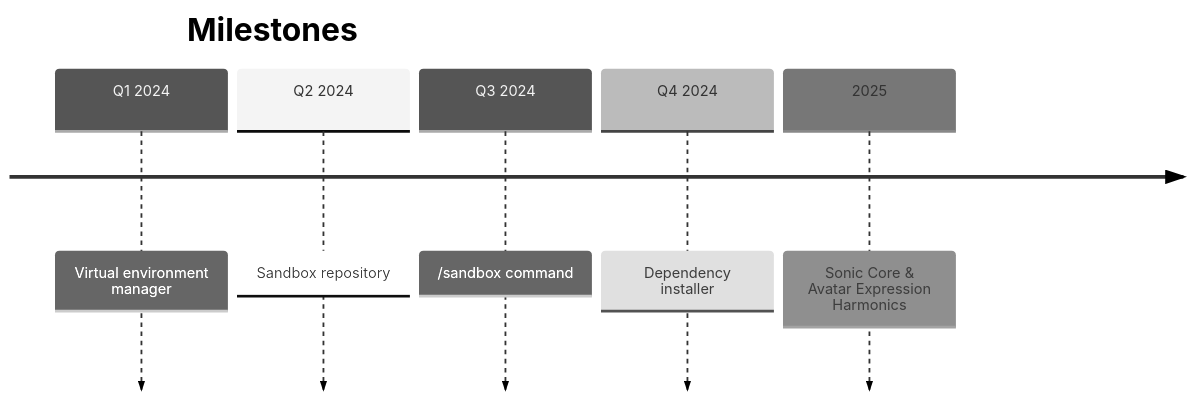
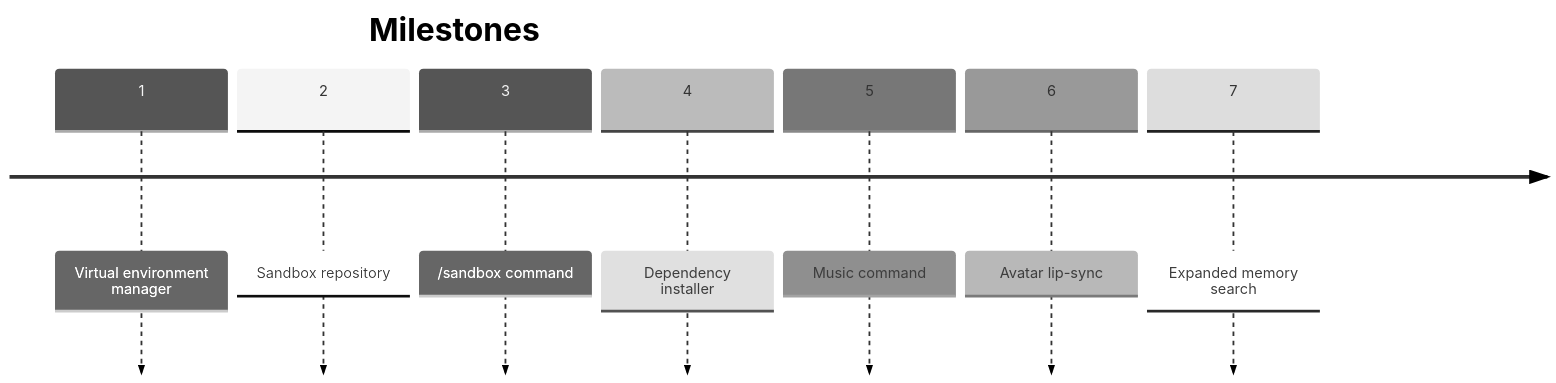
One commit to DINGIRABZU/ABZU changed the seventh of 7 diagrams in docs/CRYSTAL_CODEX.md. Above: the diagram before and after it, drawn with Mermaid (neutral theme). The commit also changed other lines of this file and 1 other file, not shown here.

Commit message:
docs: expand crystal codex and roadmap

````diff
--- a/docs/CRYSTAL_CODEX.md
+++ b/docs/CRYSTAL_CODEX.md
@@ -96,9 +154,11 @@
 ```mermaid
 timeline
     title Milestones
-    Q1 2024 : Virtual environment manager
-    Q2 2024 : Sandbox repository
-    Q3 2024 : /sandbox command
-    Q4 2024 : Dependency installer
-    2025     : Sonic Core & Avatar Expression Harmonics
+    1 : Virtual environment manager
+    2 : Sandbox repository
+    3 : /sandbox command
+    4 : Dependency installer
+    5 : Music command
+    6 : Avatar lip-sync
+    7 : Expanded memory search
 ```
````
